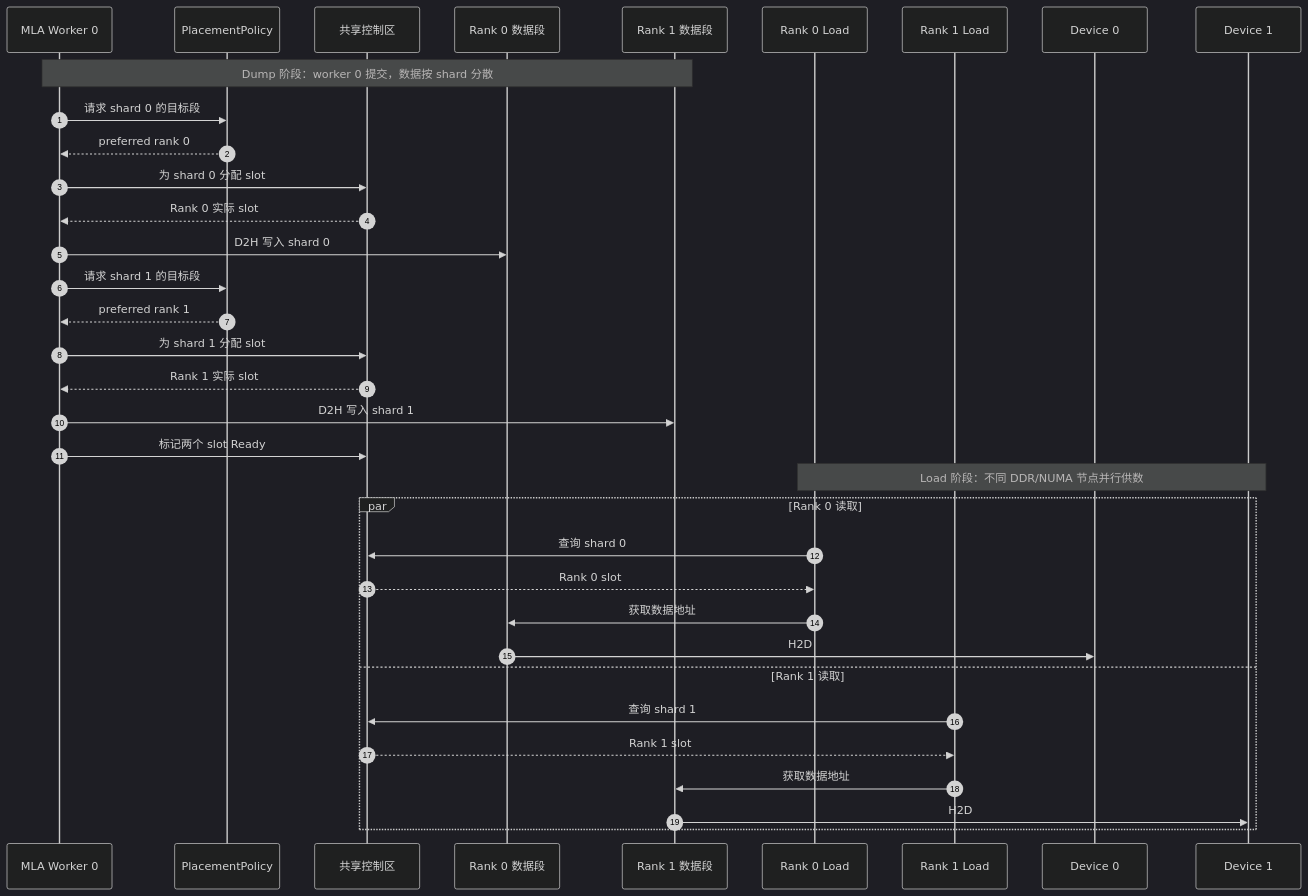
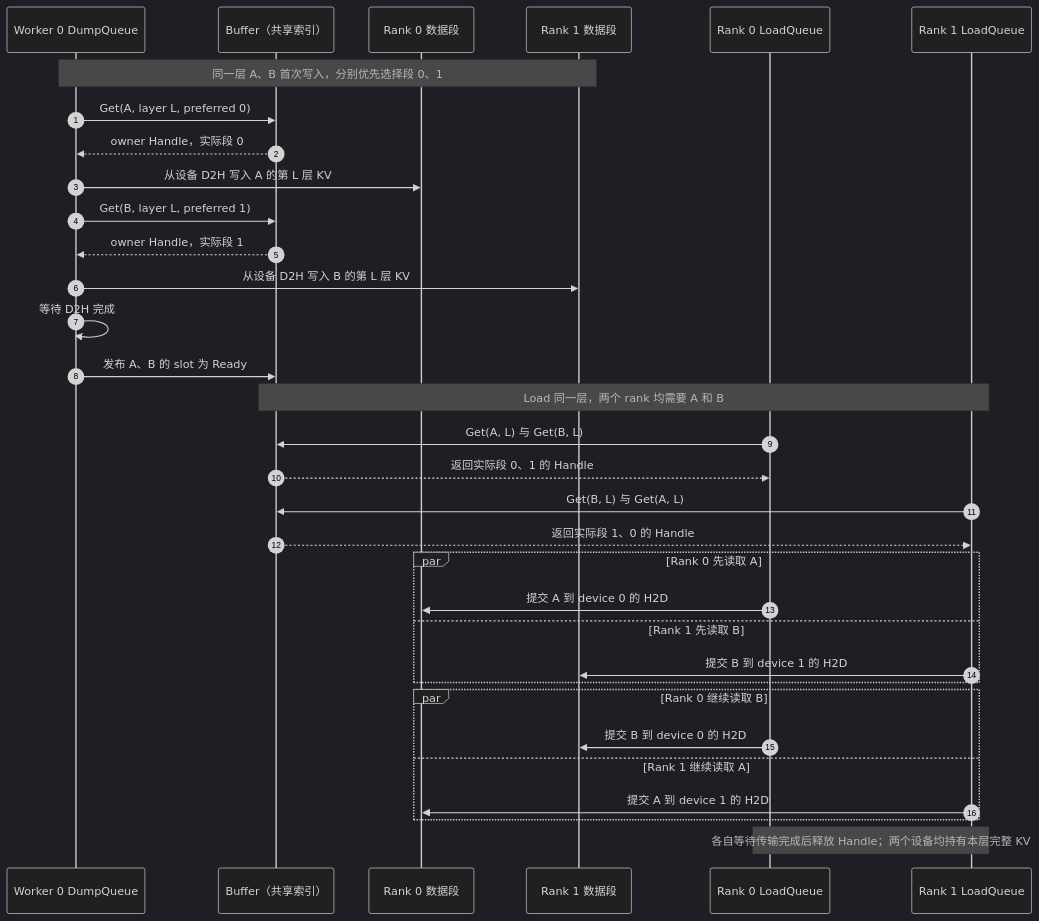
One commit to NaganooMei/unified-cache-management changed the second of 2 diagrams in docs/source/developer-guide/cache_rank_partitioned_memory_bandwidth.md. Above: the diagram before and after it, drawn with Mermaid (dark theme). The commit also changed other lines of this file and 1 other file, not shown here.

Commit message:
docs: refine cache design narrative and diagrams

```diff
--- a/docs/source/developer-guide/cache_rank_partitioned_memory_bandwidth.md
+++ b/docs/source/developer-guide/cache_rank_partitioned_memory_bandwidth.md
@@ -138,40 +123,38 @@
 ~~~mermaid
 sequenceDiagram
     autonumber
-    participant W0 as MLA Worker 0
-    participant P as PlacementPolicy
-    participant C as 共享控制区
+    participant W0 as Worker 0 DumpQueue
+    participant C as Buffer（共享索引）
     participant S0 as Rank 0 数据段
     participant S1 as Rank 1 数据段
-    participant R0 as Rank 0 Load
-    participant R1 as Rank 1 Load
-    participant D0 as Device 0
-    participant D1 as Device 1
+    participant R0 as Rank 0 LoadQueue
+    participant R1 as Rank 1 LoadQueue
 
-    Note over W0,S1: Dump 阶段：worker 0 提交，数据按 shard 分散
-    W0->>P: 请求 shard 0 的目标段
-    P-->>W0: preferred rank 0
-    W0->>C: 为 shard 0 分配 slot
-    C-->>W0: Rank 0 实际 slot
-    W0->>S0: D2H 写入 shard 0
+    Note over W0,S1: 同一层 A、B 首次写入，分别优先选择段 0、1
+    W0->>C: Get(A, layer L, preferred 0)
+    C-->>W0: owner Handle，实际段 0
+    W0->>S0: 从设备 D2H 写入 A 的第 L 层 KV
+    W0->>C: Get(B, layer L, preferred 1)
+    C-->>W0: owner Handle，实际段 1
+    W0->>S1: 从设备 D2H 写入 B 的第 L 层 KV
+    W0->>W0: 等待 D2H 完成
+    W0->>C: 发布 A、B 的 slot 为 Ready
 
-    W0->>P: 请求 shard 1 的目标段
-    P-->>W0: preferred rank 1
-    W0->>C: 为 shard 1 分配 slot
-    C-->>W0: Rank 1 实际 slot
-    W0->>S1: D2H 写入 shard 1
-    W0->>C: 标记两个 slot Ready
+    Note over C,R1: Load 同一层，两个 rank 均需要 A 和 B
+    R0->>C: Get(A, L) 与 Get(B, L)
+    C-->>R0: 返回实际段 0、1 的 Handle
+    R1->>C: Get(B, L) 与 Get(A, L)
+    C-->>R1: 返回实际段 1、0 的 Handle
 
-    Note over R0,D1: Load 阶段：不同 DDR/NUMA 节点并行供数
-    par Rank 0 读取
-        R0->>C: 查询 shard 0
-        C-->>R0: Rank 0 slot
-        R0->>S0: 获取数据地址
-        S0->>D0: H2D
-    and Rank 1 读取
-        R1->>C: 查询 shard 1
-        C-->>R1: Rank 1 slot
-        R1->>S1: 获取数据地址
-        S1->>D1: H2D
+    par Rank 0 先读取 A
+        R0->>S0: 提交 A 到 device 0 的 H2D
+    and Rank 1 先读取 B
+        R1->>S1: 提交 B 到 device 1 的 H2D
     end
+    par Rank 0 继续读取 B
+        R0->>S1: 提交 B 到 device 0 的 H2D
+    and Rank 1 继续读取 A
+        R1->>S0: 提交 A 到 device 1 的 H2D
+    end
+    Note over R0,R1: 各自等待传输完成后释放 Handle；两个设备均持有本层完整 KV
 ~~~
```
